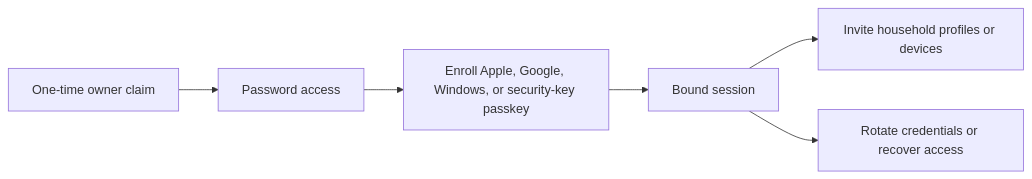
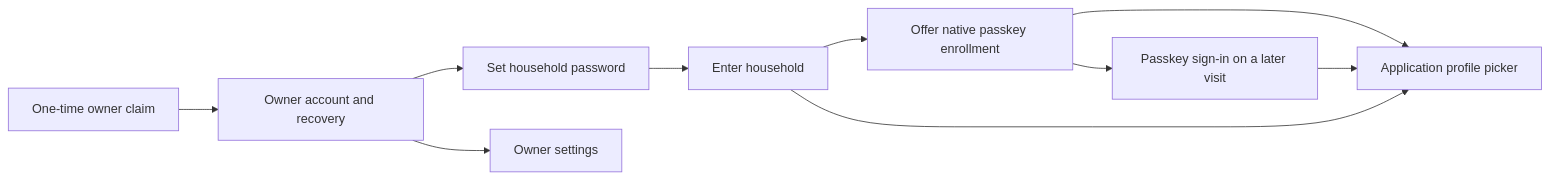
The third of 5 diagrams in README.md (affromero/sidedoor), drawn with Mermaid before and after one commit. The commit also changed other lines of this file and 17 other files, not shown here.

Commit message:
feat: add household passkeys before profile selection

````diff
--- a/README.md
+++ b/README.md
@@ -170,8 +170,12 @@
 ```mermaid
 flowchart LR
-  Claim[One-time owner claim] --> Password[Password access]
-  Password --> Passkey[Enroll Apple, Google, Windows, or security-key passkey]
-  Passkey --> Session[Bound session]
-  Session --> Invite[Invite household profiles or devices]
-  Session --> Recovery[Rotate credentials or recover access]
+  Claim[One-time owner claim] --> Owner[Owner account and recovery]
+  Owner --> Household[Set household password]
+  Household --> Entry[Enter household]
+  Entry --> Save[Offer native passkey enrollment]
+  Save --> Picker[Application profile picker]
+  Entry --> Picker
+  Save --> Later[Passkey sign-in on a later visit]
+  Later --> Picker
+  Owner --> Admin[Owner settings]
 ```
````
